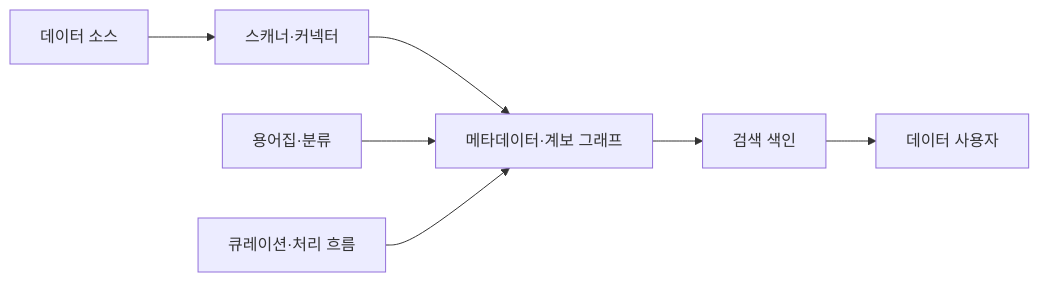
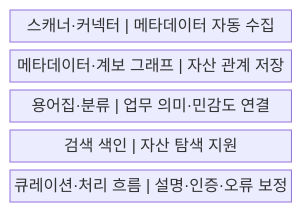
One commit to agnusdei1207/knowledge-base changed the first of 2 diagrams in src/content/docs/notes/03-software/133_data_catalog.md. Above: the diagram before and after it, drawn with Mermaid. The commit also changed other lines of this file and 20 other files, not shown here.

````diff
--- a/src/content/docs/notes/03-software/133_data_catalog.md
+++ b/src/content/docs/notes/03-software/133_data_catalog.md
@@ -61,9 +57,9 @@
 ```mermaid
-flowchart LR
-    S[데이터 소스] --> C[스캐너·커넥터]
-    C --> M[메타데이터·계보 그래프]
-    G[용어집·분류] --> M
-    M --> I[검색 색인]
-    Q[큐레이션·처리 흐름] --> M
-    I --> U[데이터 사용자]
+block
+    columns 1
+    A["스캐너·커넥터 | 메타데이터 자동 수집"]
+    B["메타데이터·계보 그래프 | 자산 관계 저장"]
+    C["용어집·분류 | 업무 의미·민감도 연결"]
+    D["검색 색인 | 자산 탐색 지원"]
+    E["큐레이션·처리 흐름 | 설명·인증·오류 보정"]
 ```
````
